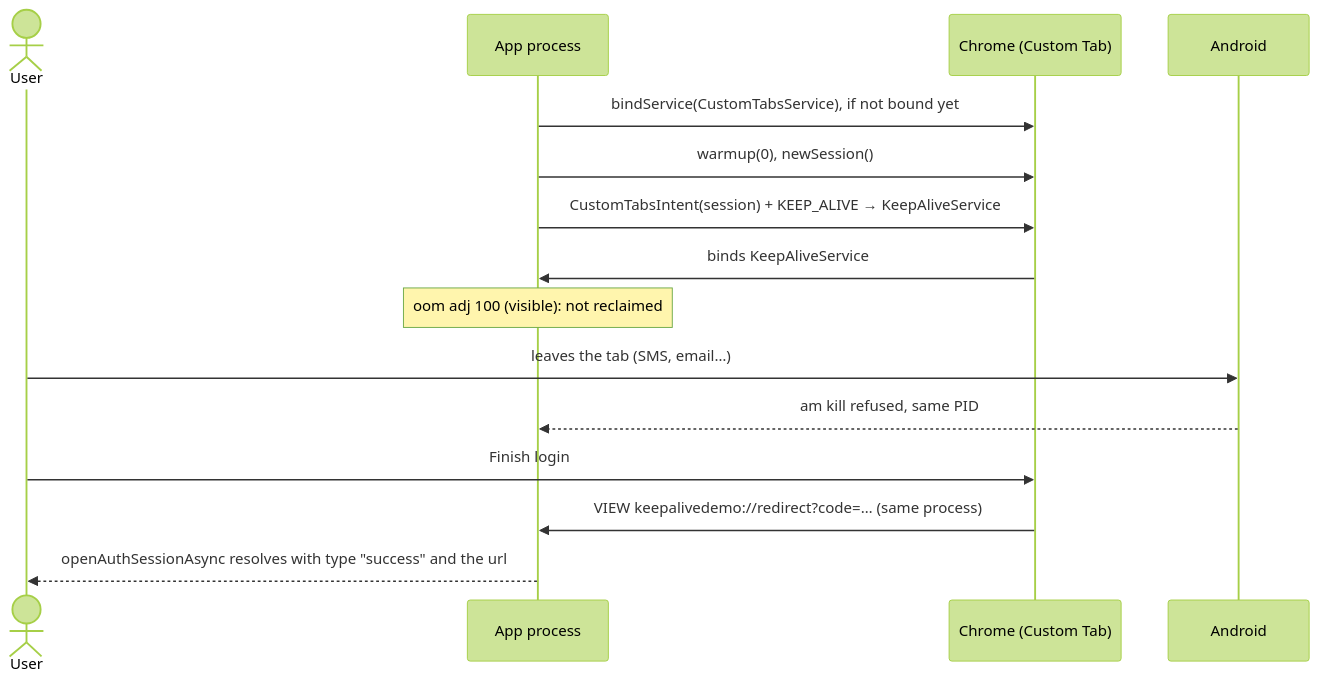
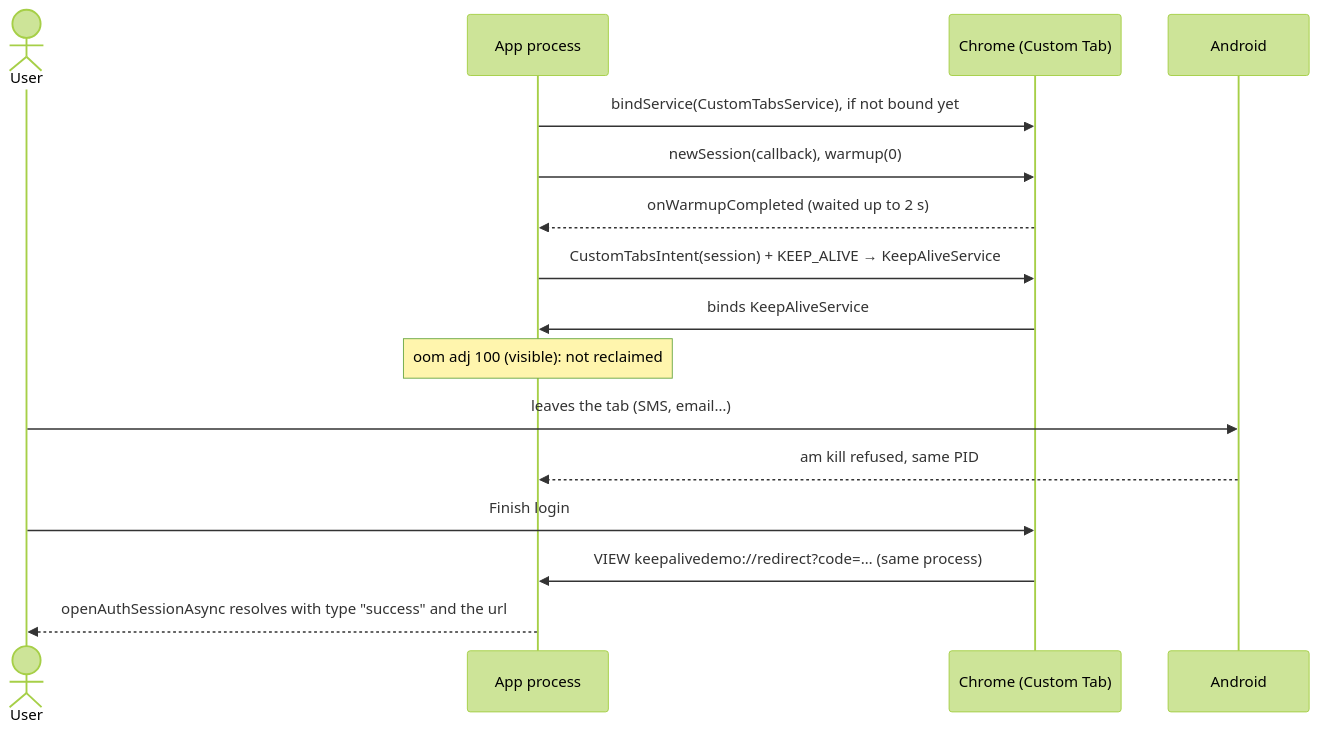
Before and after one commit to AlecColas/expo-custom-tab-keep-alive-repro: the second of 2 diagrams in README.md, drawn with Mermaid (forest theme). The commit also changed other lines of this file, not shown here.

Commit message:
Wait for onWarmupCompleted before launching the tab, so the keep-alive works when Chrome starts cold

````diff
--- a/README.md
+++ b/README.md
@@ -110,17 +109,18 @@
 ```mermaid
 sequenceDiagram
     actor User
     participant App as App process
     participant Chrome as Chrome (Custom Tab)
     participant Android
     App->>Chrome: bindService(CustomTabsService), if not bound yet
-    App->>Chrome: warmup(0), newSession()
+    App->>Chrome: newSession(callback), warmup(0)
+    Chrome-->>App: onWarmupCompleted (waited up to 2 s)
     App->>Chrome: CustomTabsIntent(session) + KEEP_ALIVE → KeepAliveService
     Chrome->>App: binds KeepAliveService
     Note over App: oom adj 100 (visible): not reclaimed
     User->>Android: leaves the tab (SMS, email…)
     Android-->>App: am kill refused, same PID
     User->>Chrome: Finish login
     Chrome->>App: VIEW keepalivedemo://redirect?code=… (same process)
     App-->>User: openAuthSessionAsync resolves with type "success" and the url
 ```
````
